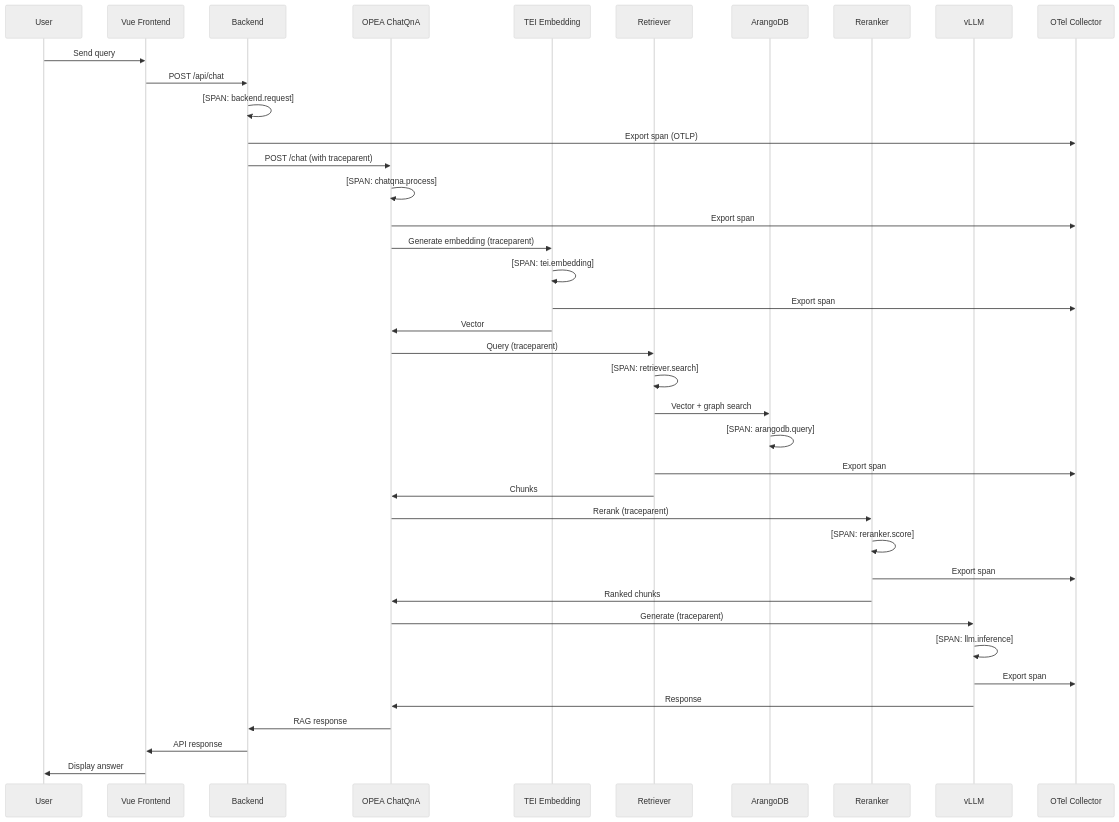
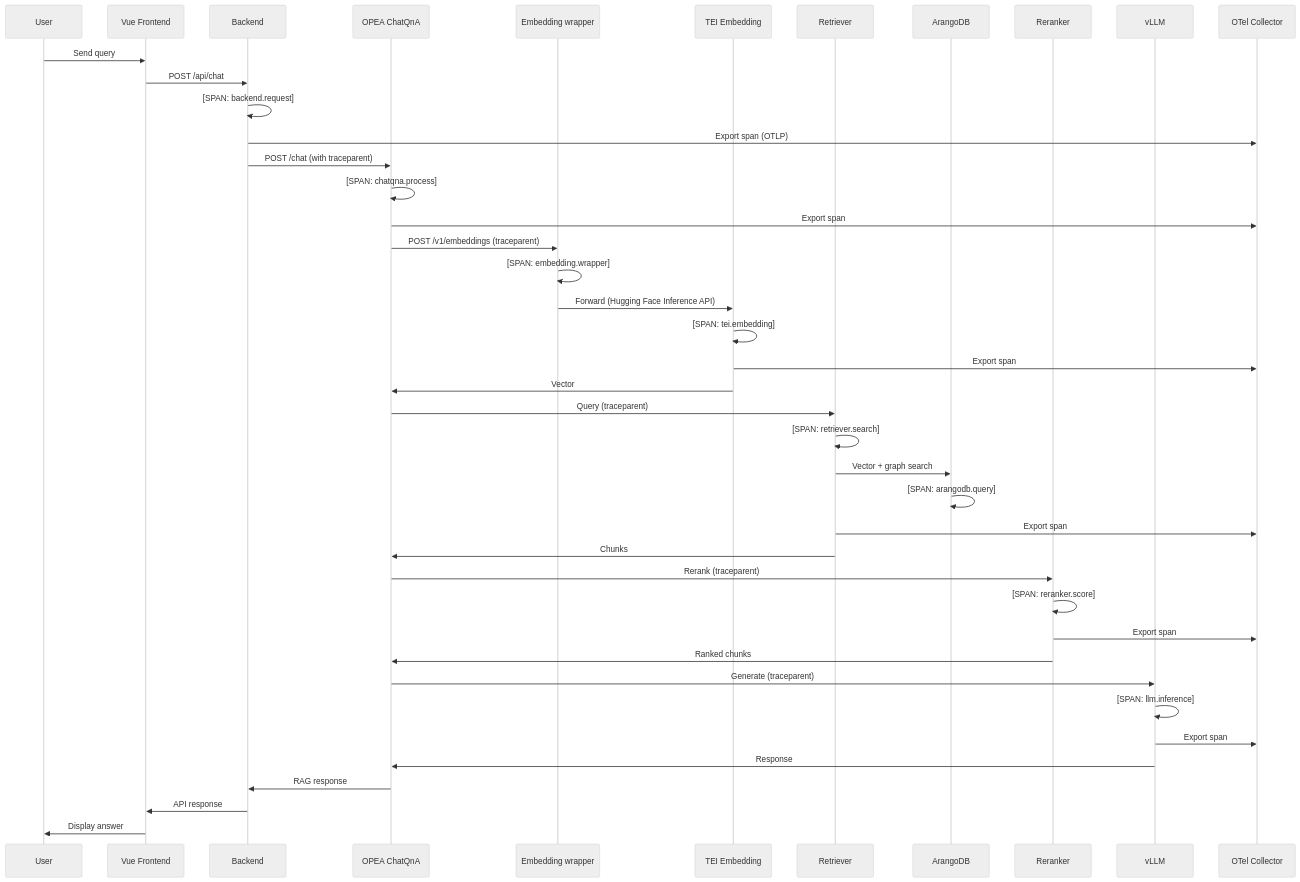
The tenth of 16 diagrams in site/content/en/docs/architecture/architecture.md (jrevillard/genie-ai-replica), drawn with Mermaid (neutral theme) before and after one commit. The commit also changed other lines of this file and 2 other files, not shown here.

````diff
--- a/site/content/en/docs/architecture/architecture.md
+++ b/site/content/en/docs/architecture/architecture.md
@@ -556,49 +560,52 @@
 ```mermaid
 sequenceDiagram
     participant User
     participant FE as Vue Frontend
     participant BE as Backend
     participant ChatQnA as OPEA ChatQnA
+    participant Emb as Embedding wrapper
     participant TEI as TEI Embedding
     participant Ret as Retriever
     participant ADB as ArangoDB
     participant Rerank as Reranker
     participant LLM as vLLM
     participant Collector as OTel Collector
 
     User->>FE: Send query
     FE->>BE: POST /api/chat
     
     BE->>BE: [SPAN: backend.request]
     BE->>Collector: Export span (OTLP)
     
     BE->>ChatQnA: POST /chat (with traceparent)
     ChatQnA->>ChatQnA: [SPAN: chatqna.process]
     ChatQnA->>Collector: Export span
     
-    ChatQnA->>TEI: Generate embedding (traceparent)
+    ChatQnA->>Emb: POST /v1/embeddings (traceparent)
+    Emb->>Emb: [SPAN: embedding.wrapper]
+    Emb->>TEI: Forward (Hugging Face Inference API)
     TEI->>TEI: [SPAN: tei.embedding]
     TEI->>Collector: Export span
     TEI->>ChatQnA: Vector
     
     ChatQnA->>Ret: Query (traceparent)
     Ret->>Ret: [SPAN: retriever.search]
     Ret->>ADB: Vector + graph search
     ADB->>ADB: [SPAN: arangodb.query]
     Ret->>Collector: Export span
     Ret->>ChatQnA: Chunks
     
     ChatQnA->>Rerank: Rerank (traceparent)
     Rerank->>Rerank: [SPAN: reranker.score]
     Rerank->>Collector: Export span
     Rerank->>ChatQnA: Ranked chunks
     
     ChatQnA->>LLM: Generate (traceparent)
     LLM->>LLM: [SPAN: llm.inference]
     LLM->>Collector: Export span
     LLM->>ChatQnA: Response
     
     ChatQnA->>BE: RAG response
     BE->>FE: API response
     FE->>User: Display answer
 ```
````
